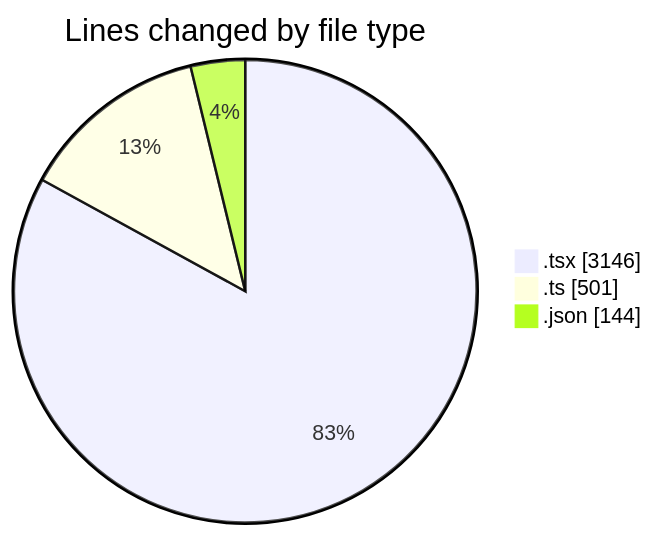
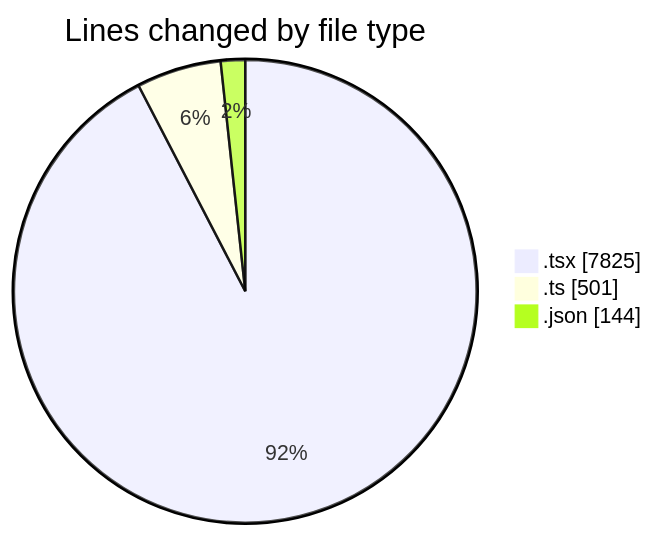
Before and after one commit to robertbonfada/code-tracking: the first of 2 diagrams in 2025-02-18/mbc-web/README.md, drawn with Mermaid. The commit also changed other lines of this file and 1 other file, not shown here.

````diff
--- a/2025-02-18/mbc-web/README.md
+++ b/2025-02-18/mbc-web/README.md
@@ -50,7 +96,7 @@
 ```mermaid
 pie showData
 title Lines changed by file type
-".tsx" : 3146
+".tsx" : 7825
 ".ts" : 501
 ".json" : 144
 ```
````
